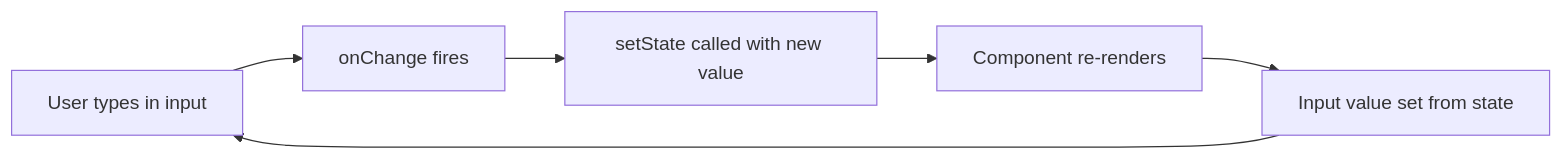
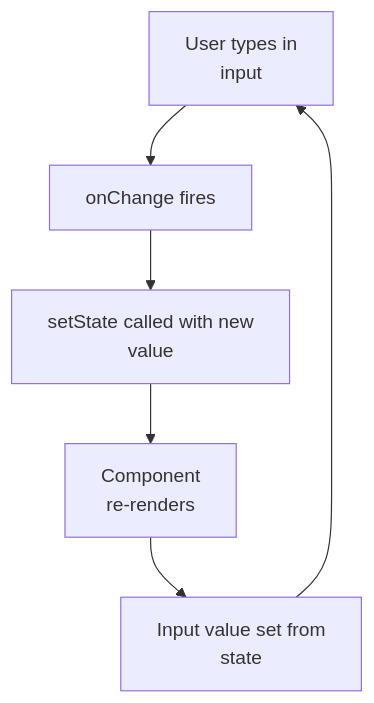
The second of 4 diagrams in 02-Semester-VI/CS-353-MJ-T-Web-Technology-II/Unit-5.md (amitdevx/TY), drawn with Mermaid before and after one commit. The commit also changed other lines of this file and 65 other files, not shown here.

Commit message:
fix:graph vertical

````diff
--- a/02-Semester-VI/CS-353-MJ-T-Web-Technology-II/Unit-5.md
+++ b/02-Semester-VI/CS-353-MJ-T-Web-Technology-II/Unit-5.md
@@ -84,8 +84,8 @@
 ```mermaid
-graph LR
-    A[User types in input] --> B[onChange fires]
-    B --> C[setState called with new value]
-    C --> D[Component re-renders]
-    D --> E[Input value set from state]
+graph TD
+    A[User types in<br/>input] --> B[onChange fires]
+    B --> C[setState called with new<br/>value]
+    C --> D[Component<br/>re-renders]
+    D --> E[Input value set from<br/>state]
     E --> A
 ```
````
